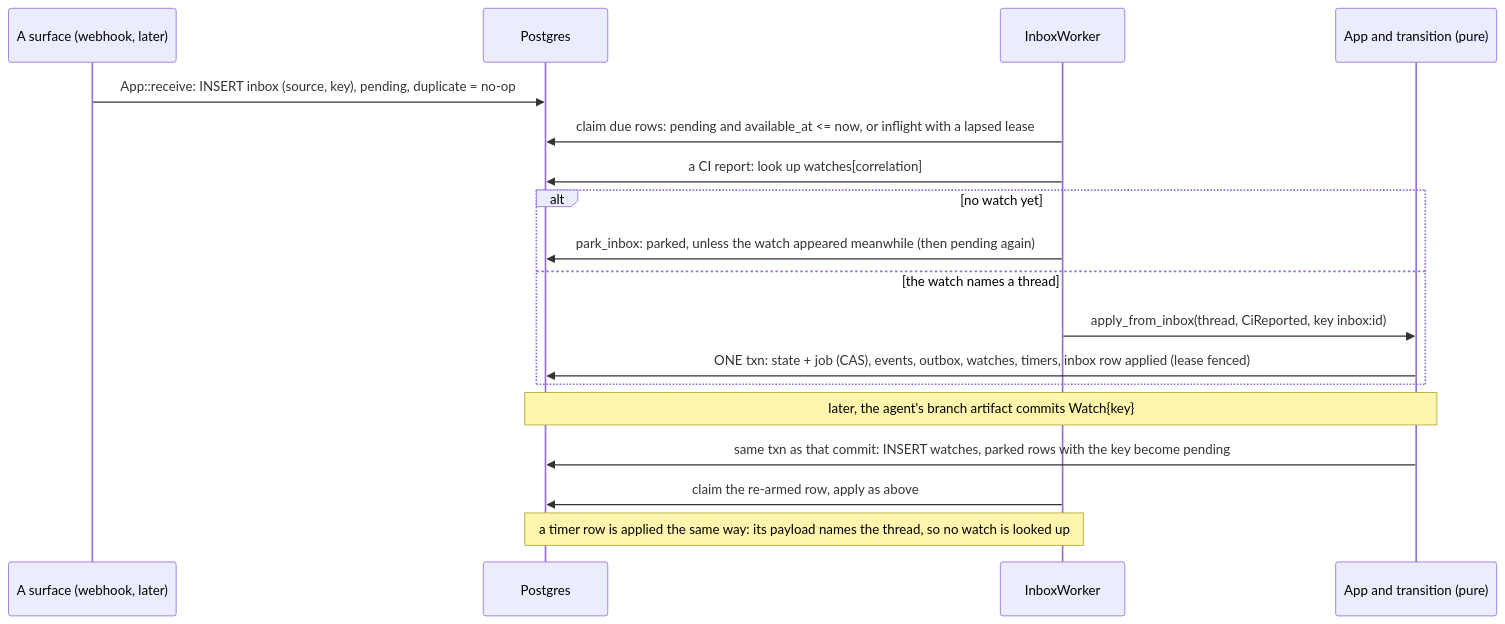
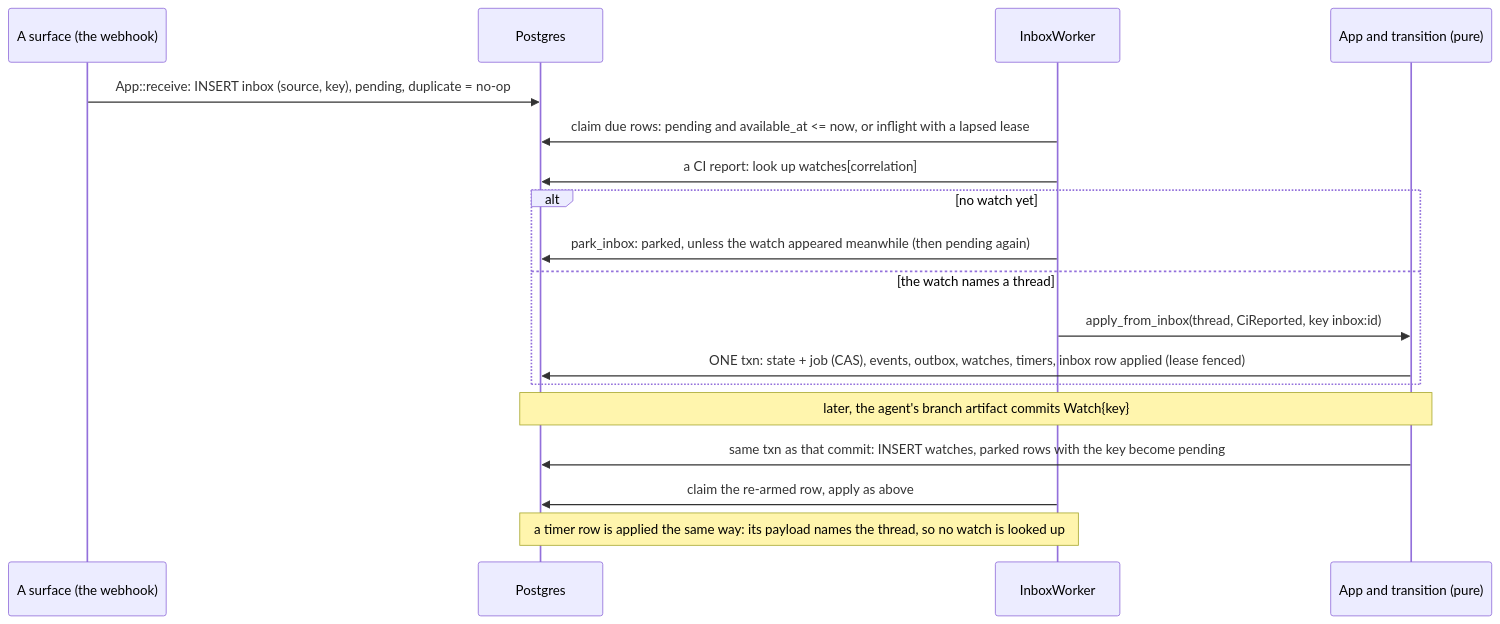
One commit to vymalo/another-agentic-system changed the third of 23 diagrams in docs/orchestrator.md. Above: the diagram before and after it, drawn with Mermaid. The commit also changed other lines of this file and 107 other files, not shown here.

````diff
--- a/docs/orchestrator.md
+++ b/docs/orchestrator.md
@@ -280,20 +280,20 @@
 ```mermaid
 sequenceDiagram
-  participant S as A surface (webhook, later)
+  participant S as A surface (the webhook)
   participant DB as Postgres
   participant W as InboxWorker
   participant A as App and transition (pure)
   S->>DB: App::receive: INSERT inbox (source, key), pending, duplicate = no-op
   W->>DB: claim due rows: pending and available_at <= now, or inflight with a lapsed lease
   W->>DB: a CI report: look up watches[correlation]
   alt no watch yet
     W->>DB: park_inbox: parked, unless the watch appeared meanwhile (then pending again)
   else the watch names a thread
     W->>A: apply_from_inbox(thread, CiReported, key inbox:id)
     A->>DB: ONE txn: state + job (CAS), events, outbox, watches, timers, inbox row applied (lease fenced)
   end
   Note over A,DB: later, the agent's branch artifact commits Watch{key}
   A->>DB: same txn as that commit: INSERT watches, parked rows with the key become pending
   W->>DB: claim the re-armed row, apply as above
   Note over W,DB: a timer row is applied the same way: its payload names the thread, so no watch is looked up
 ```
````
